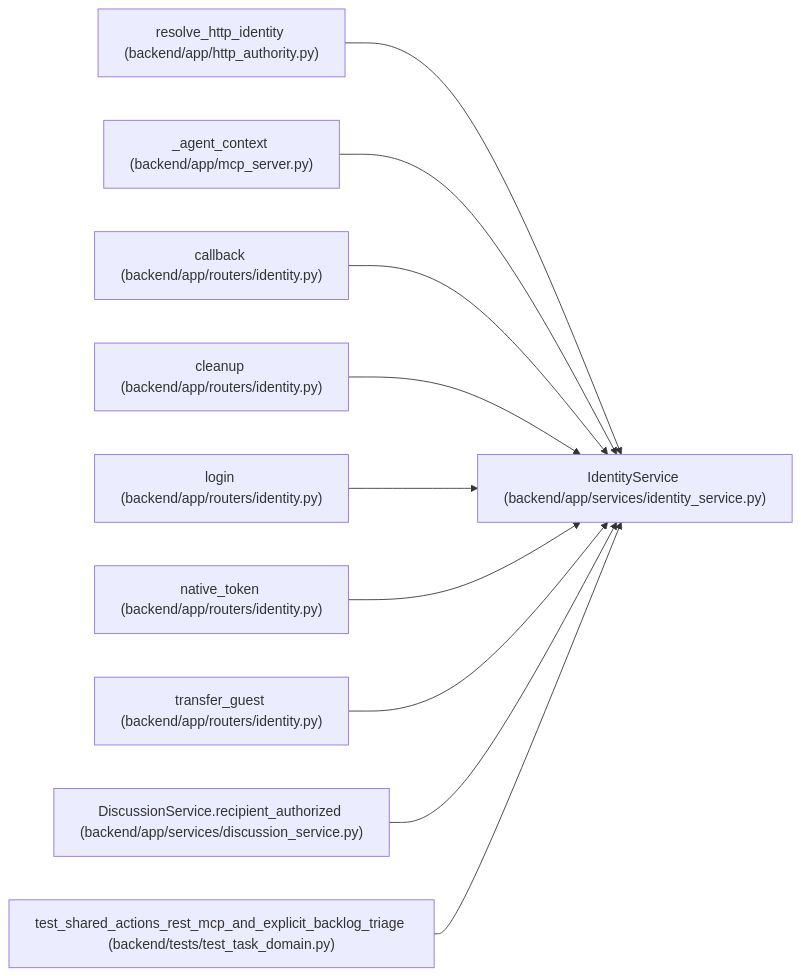
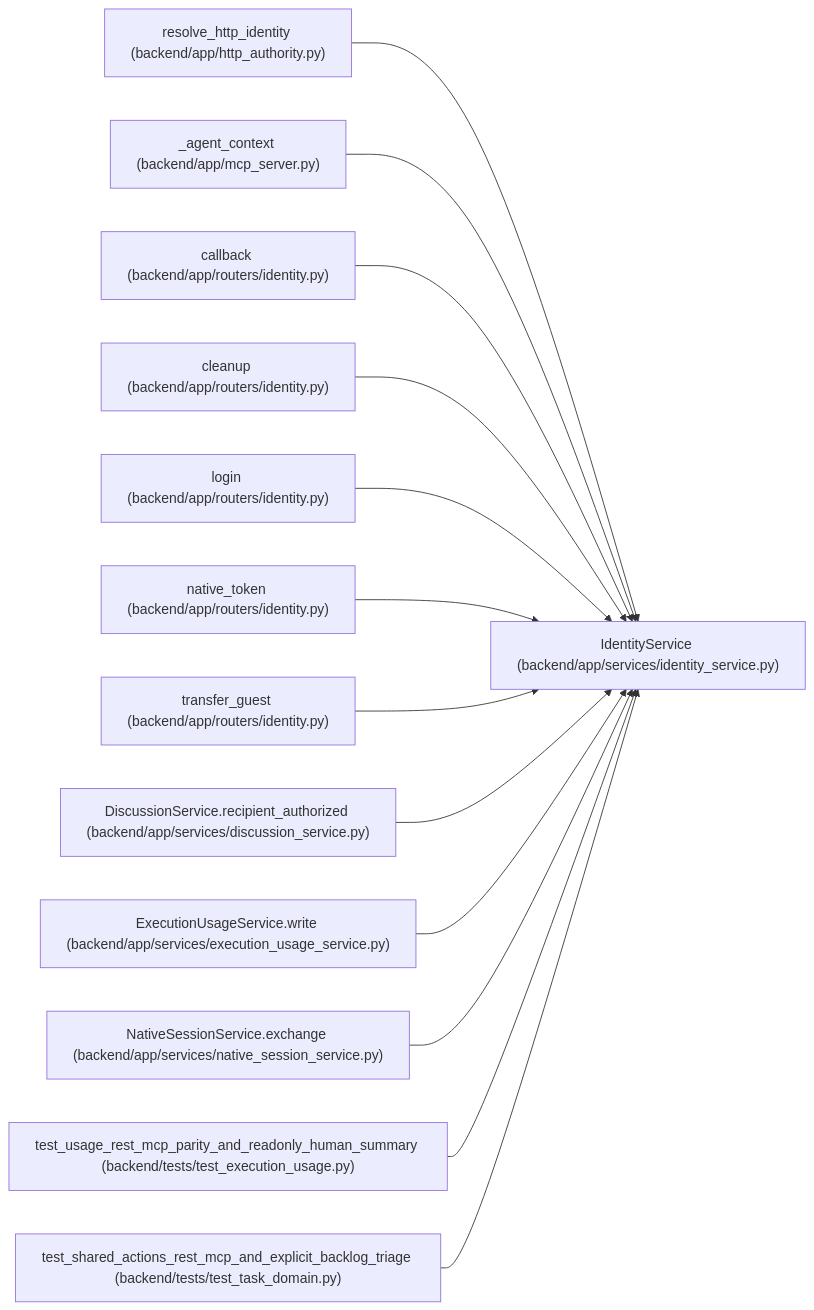
The diagram in docs/llm_wiki/entities/IdentityService.md (Denissvgn/WorkChord), drawn with Mermaid before and after one commit. The commit also changed other lines of this file and 6624 other files, not shown here.

````diff
--- a/docs/llm_wiki/entities/IdentityService.md
+++ b/docs/llm_wiki/entities/IdentityService.md
@@ -34,32 +34,41 @@
 ```mermaid
 flowchart LR
     n0["IdentityService (backend/app/services/identity_service.py)"]
     n1["resolve_http_identity (backend/app/http_authority.py)"]
     n2["_agent_context (backend/app/mcp_server.py)"]
     n3["callback (backend/app/routers/identity.py)"]
     n4["cleanup (backend/app/routers/identity.py)"]
     n5["login (backend/app/routers/identity.py)"]
     n6["native_token (backend/app/routers/identity.py)"]
     n7["transfer_guest (backend/app/routers/identity.py)"]
     n8["DiscussionService.recipient_authorized (backend/app/services/discussion_service.py)"]
-    n9["test_shared_actions_rest_mcp_and_explicit_backlog_triage (backend/tests/test_task_domain.py)"]
+    n9["ExecutionUsageService.write (backend/app/services/execution_usage_service.py)"]
+    n10["NativeSessionService.exchange (backend/app/services/native_session_service.py)"]
+    n11["test_usage_rest_mcp_parity_and_readonly_human_summary (backend/tests/test_execution_usage.py)"]
+    n12["test_shared_actions_rest_mcp_and_explicit_backlog_triage (backend/tests/test_task_domain.py)"]
     n1 --> n0
     n2 --> n0
     n3 --> n0
     n4 --> n0
     n5 --> n0
     n6 --> n0
     n7 --> n0
     n8 --> n0
     n9 --> n0
+    n10 --> n0
+    n11 --> n0
+    n12 --> n0
     click n0 "../modules/identity_service.md"
     click n1 "../modules/http_authority.md"
     click n2 "../modules/mcp_server.md"
     click n3 "../modules/routers_identity.md"
     click n4 "../modules/routers_identity.md"
     click n5 "../modules/routers_identity.md"
     click n6 "../modules/routers_identity.md"
     click n7 "../modules/routers_identity.md"
     click n8 "../modules/discussion_service.md"
-    click n9 "../modules/test_task_domain.md"
+    click n9 "../modules/execution_usage_service.md"
+    click n10 "../modules/native_session_service.md"
+    click n11 "../modules/test_execution_usage.md"
+    click n12 "../modules/test_task_domain.md"
 ```
````
